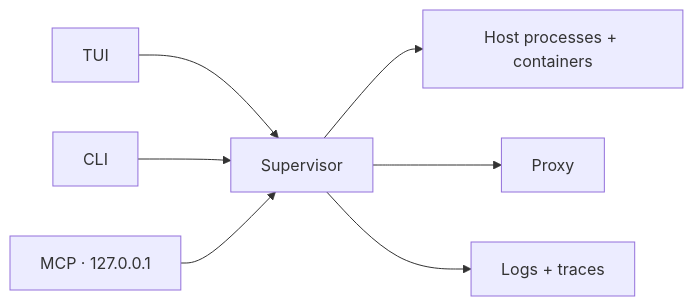
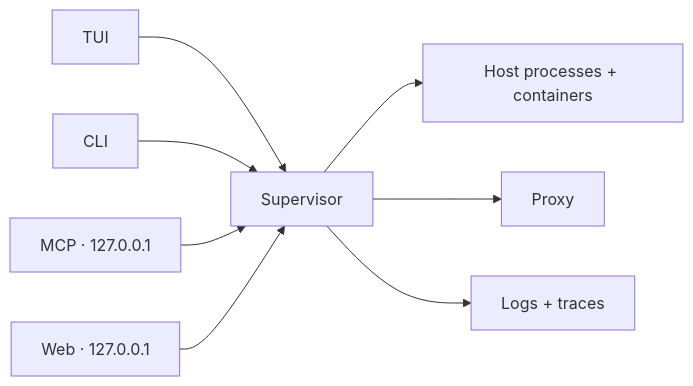
One commit to amr-m-abdelgawad/devctl changed the diagram in README.md. Above: the diagram before and after it, drawn with Mermaid. The commit also changed other lines of this file and 13 other files, not shown here.

````diff
--- a/README.md
+++ b/README.md
@@ -139,9 +139,10 @@
 ```mermaid
 flowchart LR
   TUI --> Supervisor
   CLI --> Supervisor
   MCP["MCP · 127.0.0.1"] --> Supervisor
+  Web["Web · 127.0.0.1"] --> Supervisor
   Supervisor --> Runtime["Host processes + containers"]
   Supervisor --> Proxy
   Supervisor --> Logs["Logs + traces"]
 ```
````
